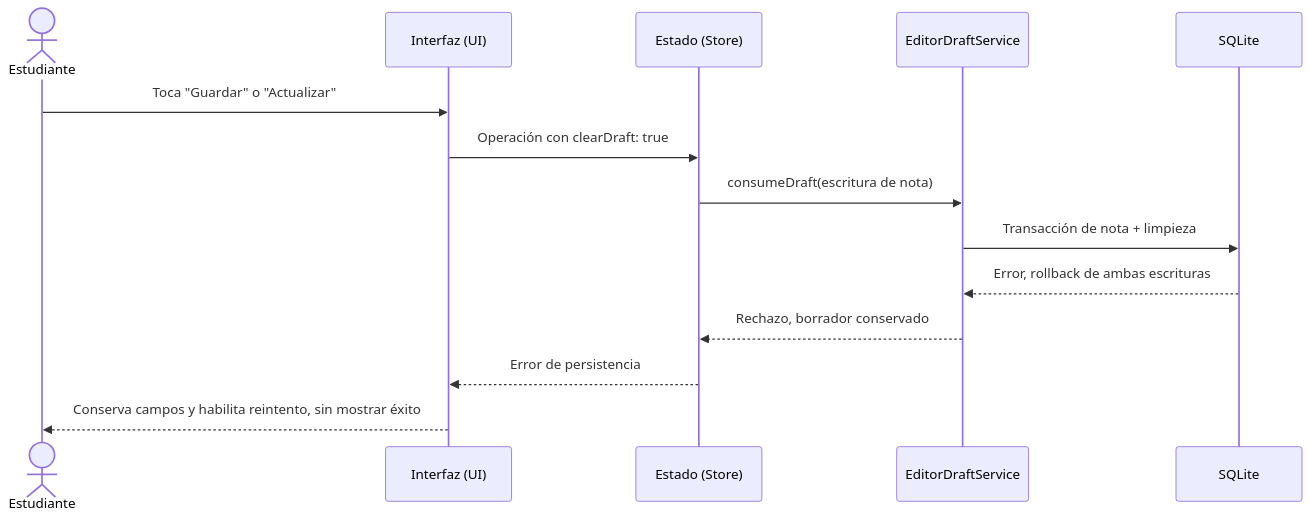
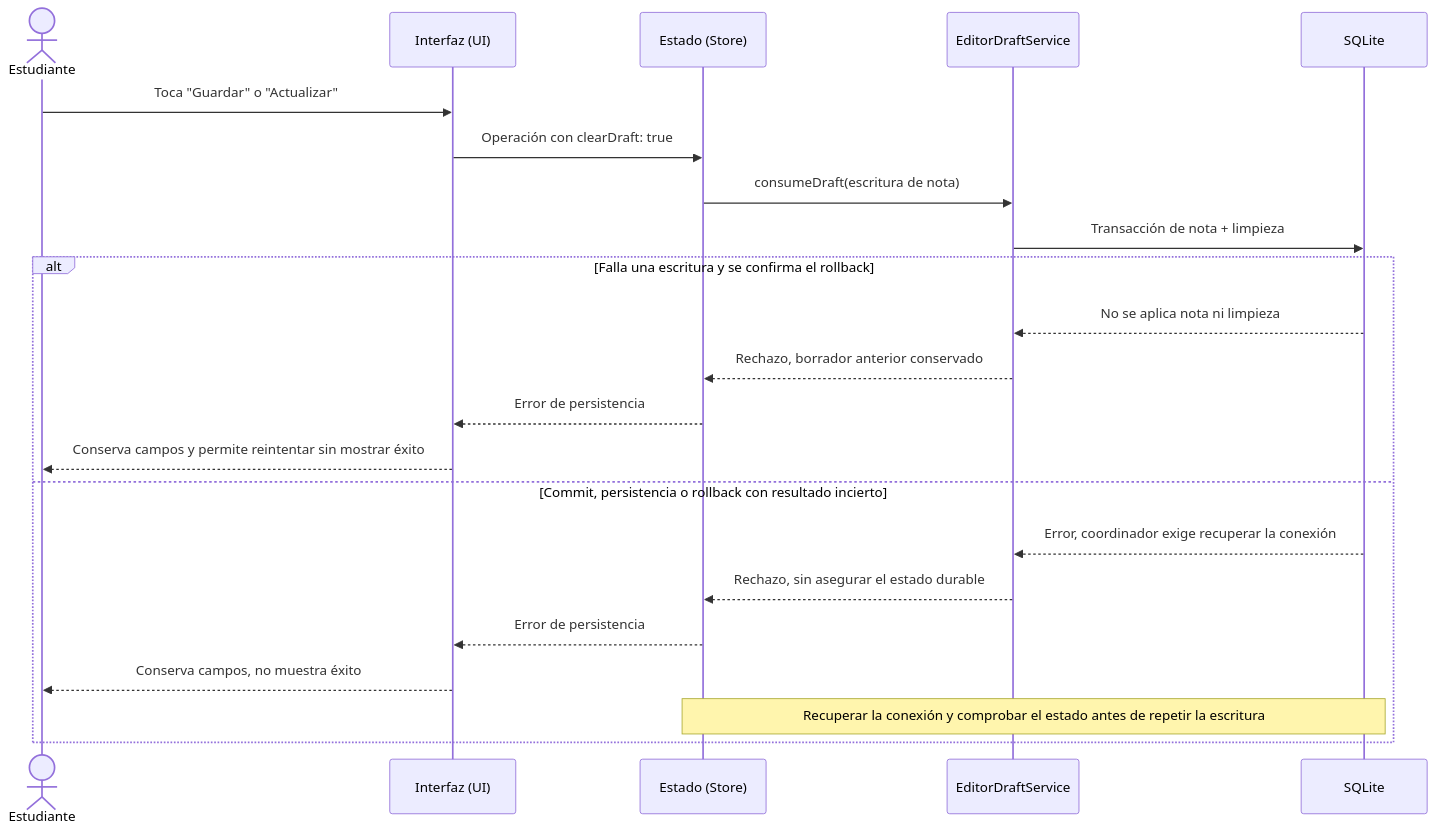
Before and after one commit to jdfesa/lumapse: the sixth of 6 diagrams in docs/diagramas/secuencia-crear-nota.md, drawn with Mermaid. The commit also changed other lines of this file and 14 other files, not shown here.

Commit message:
docs: align report diagrams with the frozen client

````diff
--- a/docs/diagramas/secuencia-crear-nota.md
+++ b/docs/diagramas/secuencia-crear-nota.md
@@ -166,17 +198,25 @@
 ```mermaid
 sequenceDiagram
     actor EST as Estudiante
     participant UI as Interfaz (UI)
     participant STORE as Estado (Store)
     participant DRAFT as EditorDraftService
     participant DB as SQLite
 
     EST ->> UI: Toca "Guardar" o "Actualizar"
     UI ->> STORE: Operación con clearDraft: true
     STORE ->> DRAFT: consumeDraft(escritura de nota)
     DRAFT ->> DB: Transacción de nota + limpieza
-    DB -->> DRAFT: Error, rollback de ambas escrituras
-    DRAFT -->> STORE: Rechazo, borrador conservado
-    STORE -->> UI: Error de persistencia
-    UI -->> EST: Conserva campos y habilita reintento, sin mostrar éxito
+    alt Falla una escritura y se confirma el rollback
+        DB -->> DRAFT: No se aplica nota ni limpieza
+        DRAFT -->> STORE: Rechazo, borrador anterior conservado
+        STORE -->> UI: Error de persistencia
+        UI -->> EST: Conserva campos y permite reintentar sin mostrar éxito
+    else Commit, persistencia o rollback con resultado incierto
+        DB -->> DRAFT: Error, coordinador exige recuperar la conexión
+        DRAFT -->> STORE: Rechazo, sin asegurar el estado durable
+        STORE -->> UI: Error de persistencia
+        UI -->> EST: Conserva campos, no muestra éxito
+        Note over STORE,DB: Recuperar la conexión y comprobar el estado antes de repetir la escritura
+    end
 ```
````
